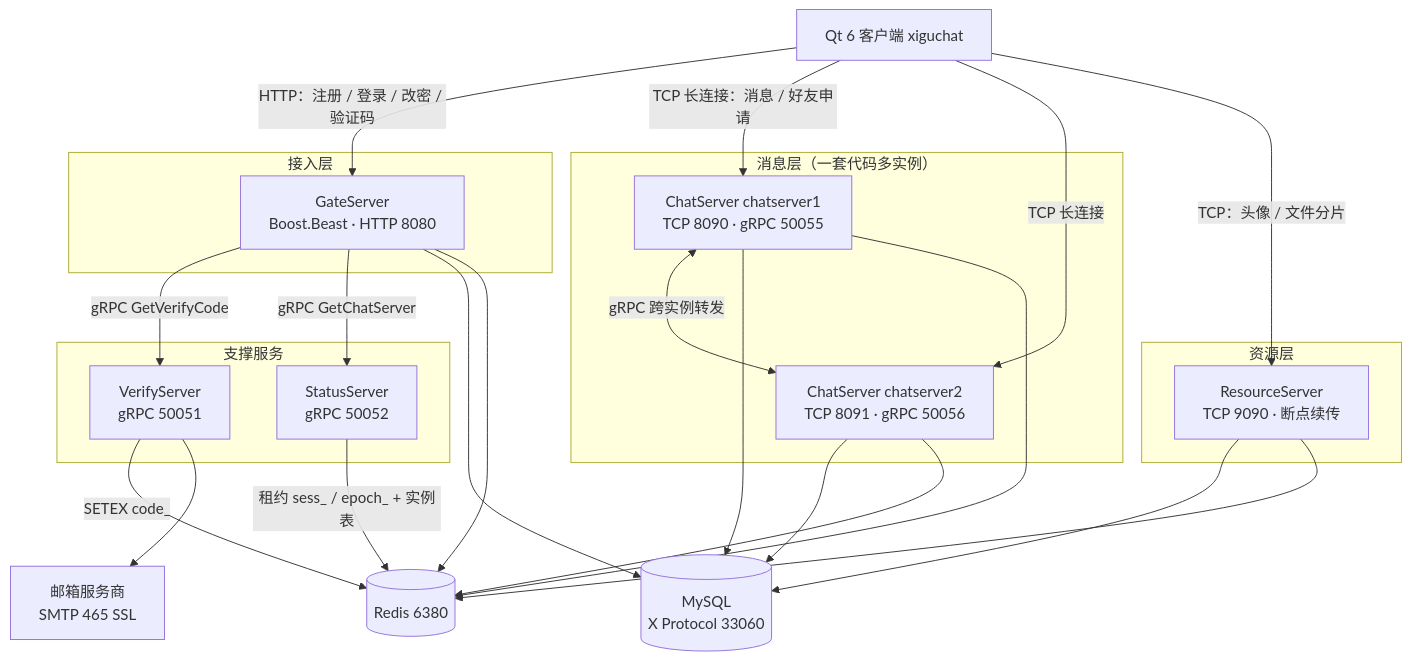
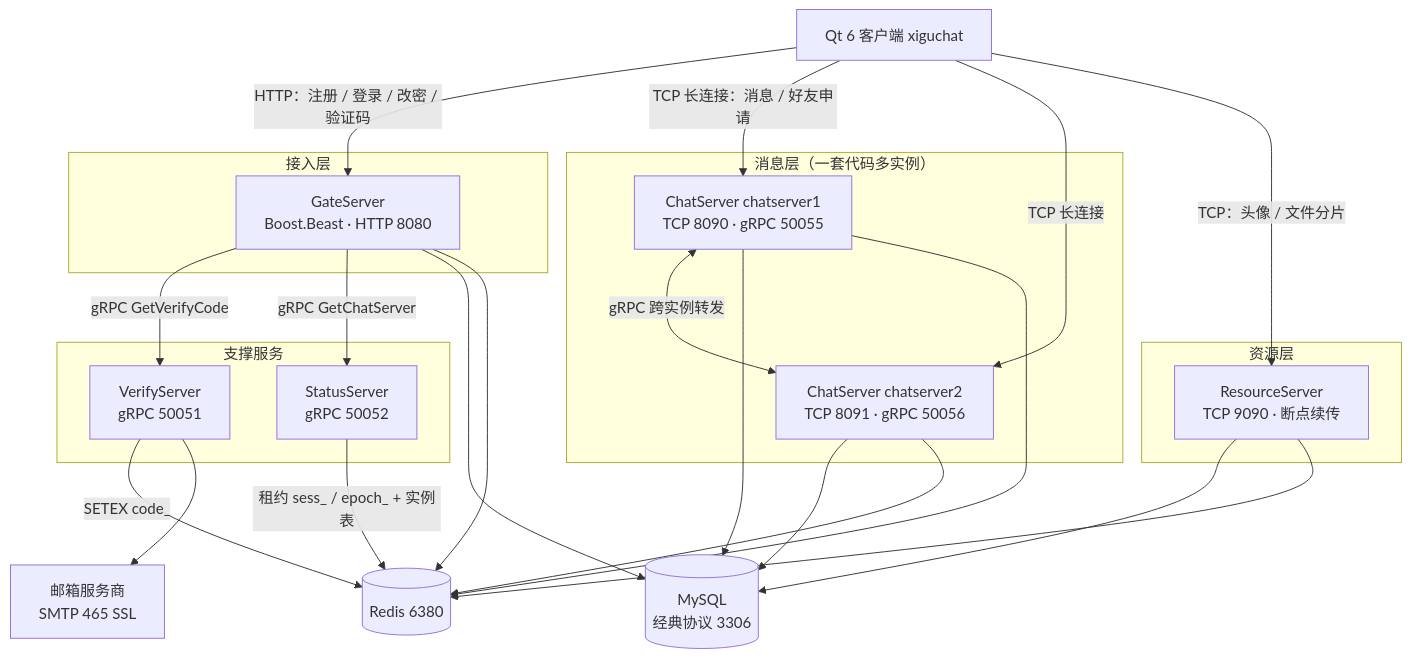
Before and after one commit to yrc920/yunjian: the diagram in README.md, drawn with Mermaid. The commit also changed other lines of this file and 133 other files, not shown here.

````diff
--- a/README.md
+++ b/README.md
@@ -49,49 +49,49 @@
 ```mermaid
 flowchart TB
     Client["Qt 6 客户端 xiguchat"]
 
     subgraph access["接入层"]
         Gate["GateServer<br/>Boost.Beast · HTTP 8080"]
     end
 
     subgraph auxiliary["支撑服务"]
         Verify["VerifyServer<br/>gRPC 50051"]
         Status["StatusServer<br/>gRPC 50052"]
     end
 
     subgraph message["消息层（一套代码多实例）"]
         Chat1["ChatServer chatserver1<br/>TCP 8090 · gRPC 50055"]
         Chat2["ChatServer chatserver2<br/>TCP 8091 · gRPC 50056"]
     end
 
     subgraph resource["资源层"]
         Res["ResourceServer<br/>TCP 9090 · 断点续传"]
     end
 
     Redis[("Redis 6380")]
-    MySQL[("MySQL<br/>X Protocol 33060")]
+    MySQL[("MySQL<br/>经典协议 3306")]
     Mail["邮箱服务商<br/>SMTP 465 SSL"]
 
     Client -->|"HTTP：注册 / 登录 / 改密 / 验证码"| Gate
     Client -->|"TCP 长连接：消息 / 好友申请"| Chat1
     Client -->|"TCP 长连接"| Chat2
     Client -->|"TCP：头像 / 文件分片"| Res
 
     Gate -->|"gRPC GetVerifyCode"| Verify
     Gate -->|"gRPC GetChatServer"| Status
     Gate --> MySQL
     Gate --> Redis
 
     Verify -->|"SETEX code_"| Redis
     Verify --> Mail
 
     Status -->|"租约 sess_ / epoch_ + 实例表"| Redis
 
     Chat1 <-->|"gRPC 跨实例转发"| Chat2
     Chat1 --> MySQL
     Chat1 --> Redis
     Chat2 --> MySQL
     Chat2 --> Redis
     Res --> MySQL
     Res --> Redis
 ```
````
